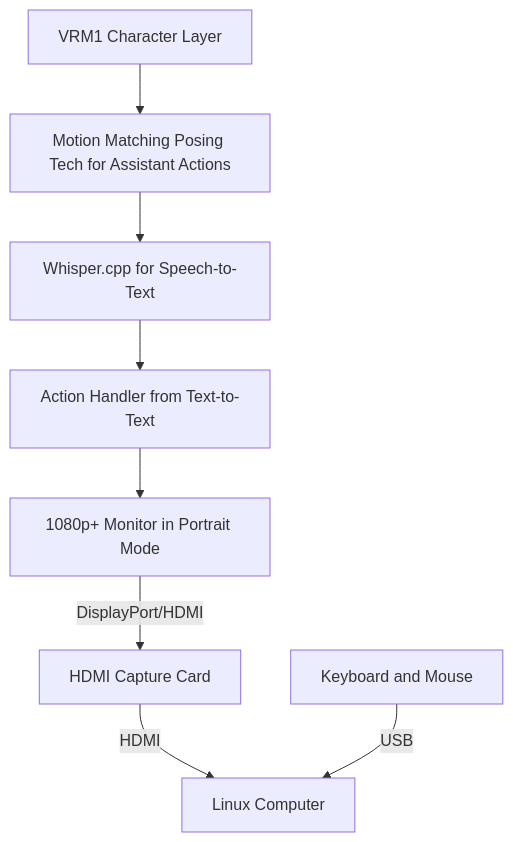
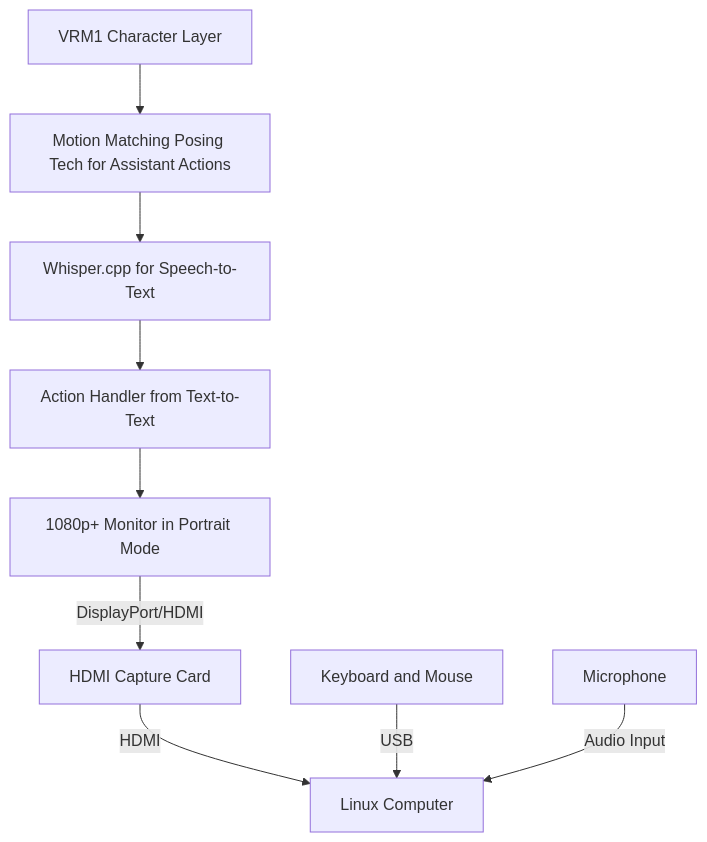
Before and after one commit to V-Sekai/manuals: the diagram in prototypes/20230908-bendable-screen-generative-assistant.md, drawn with Mermaid. The commit also changed other lines of this file, not shown here.

````diff
--- a/prototypes/20230908-bendable-screen-generative-assistant.md
+++ b/prototypes/20230908-bendable-screen-generative-assistant.md
@@ -50,9 +50,10 @@
 ```mermaid
 graph TD
 A[VRM1 Character Layer] --> B[Motion Matching Posing Tech for Assistant Actions]
 B --> C[Whisper.cpp for Speech-to-Text]
 C --> D[Action Handler from Text-to-Text]
 D --> E[1080p+ Monitor in Portrait Mode] -- DisplayPort/HDMI --> F[HDMI Capture Card]
 F -- HDMI --> G[Linux Computer]
 H[Keyboard and Mouse] -- USB --> G
+I[Microphone] -- Audio Input --> G
 ```
````
